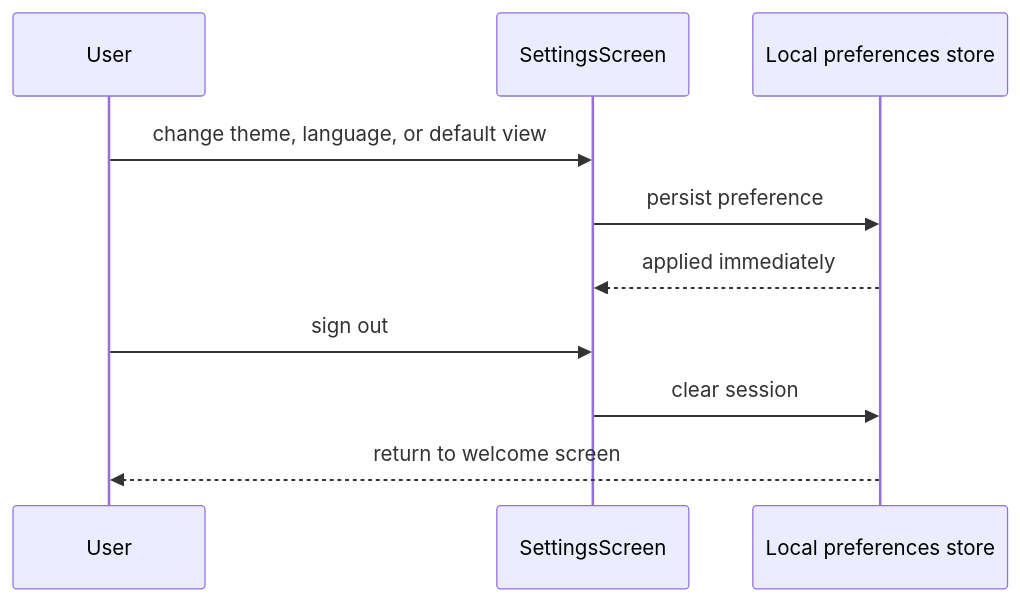
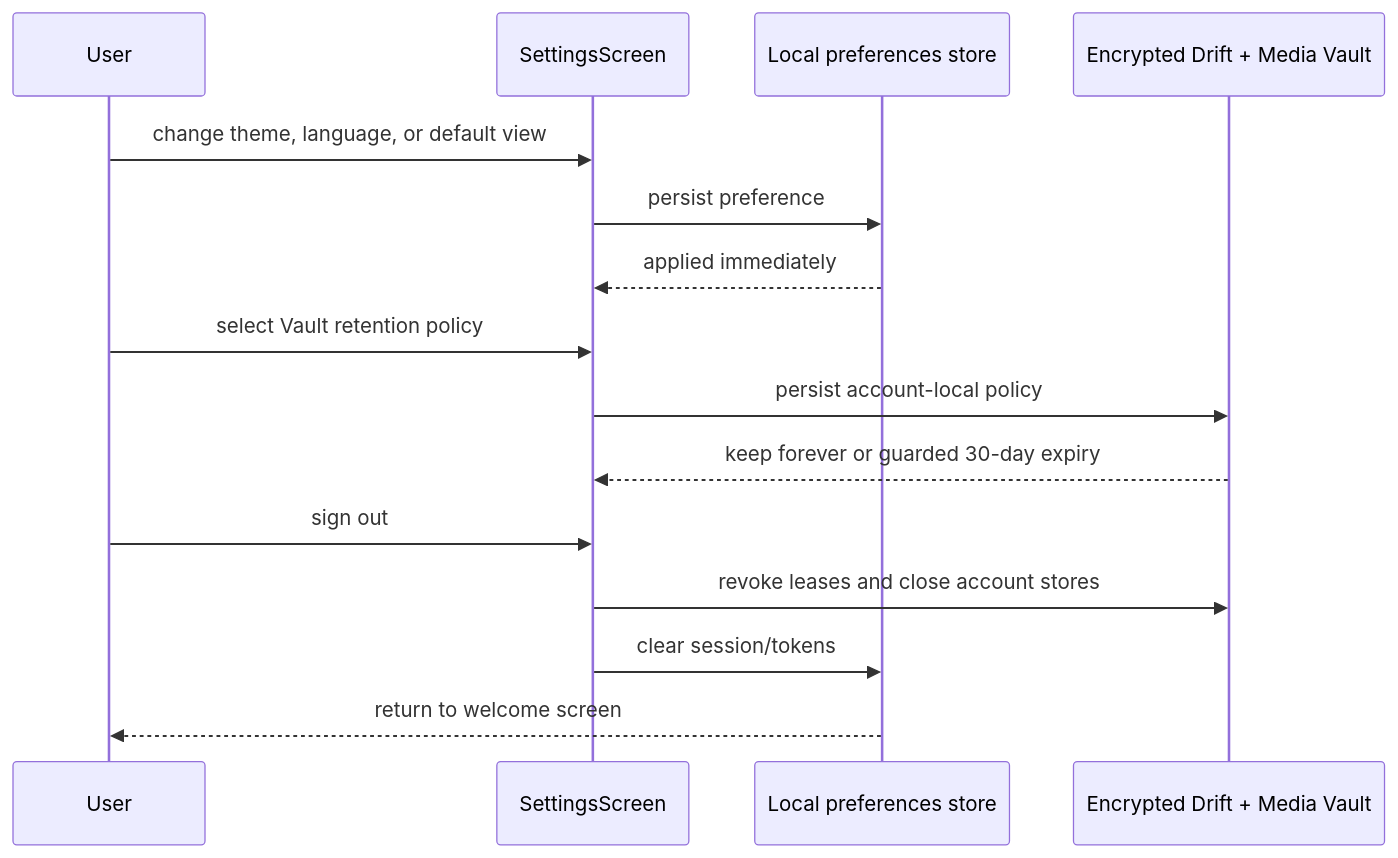
One commit to matome-org/matome-app changed the diagram in .docs/use-cases/uc-11-configure-preferences.md. Above: the diagram before and after it, drawn with Mermaid. The commit also changed other lines of this file and 17 other files, not shown here.

````diff
--- a/.docs/use-cases/uc-11-configure-preferences.md
+++ b/.docs/use-cases/uc-11-configure-preferences.md
@@ -28,12 +59,17 @@
 ```mermaid
 sequenceDiagram
   participant User
   participant Screen as SettingsScreen
   participant Prefs as Local preferences store
+  participant Vault as Encrypted Drift + Media Vault
   User->>Screen: change theme, language, or default view
   Screen->>Prefs: persist preference
   Prefs-->>Screen: applied immediately
+  User->>Screen: select Vault retention policy
+  Screen->>Vault: persist account-local policy
+  Vault-->>Screen: keep forever or guarded 30-day expiry
   User->>Screen: sign out
-  Screen->>Prefs: clear session
+  Screen->>Vault: revoke leases and close account stores
+  Screen->>Prefs: clear session/tokens
   Prefs-->>User: return to welcome screen
 ```
````
